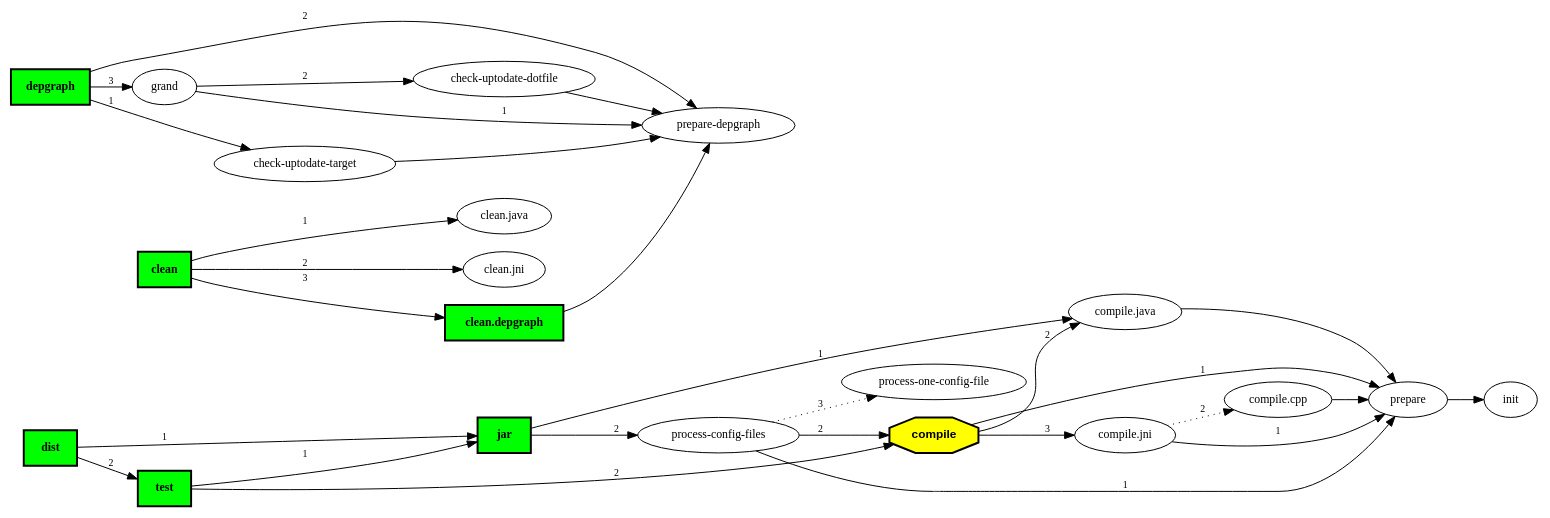
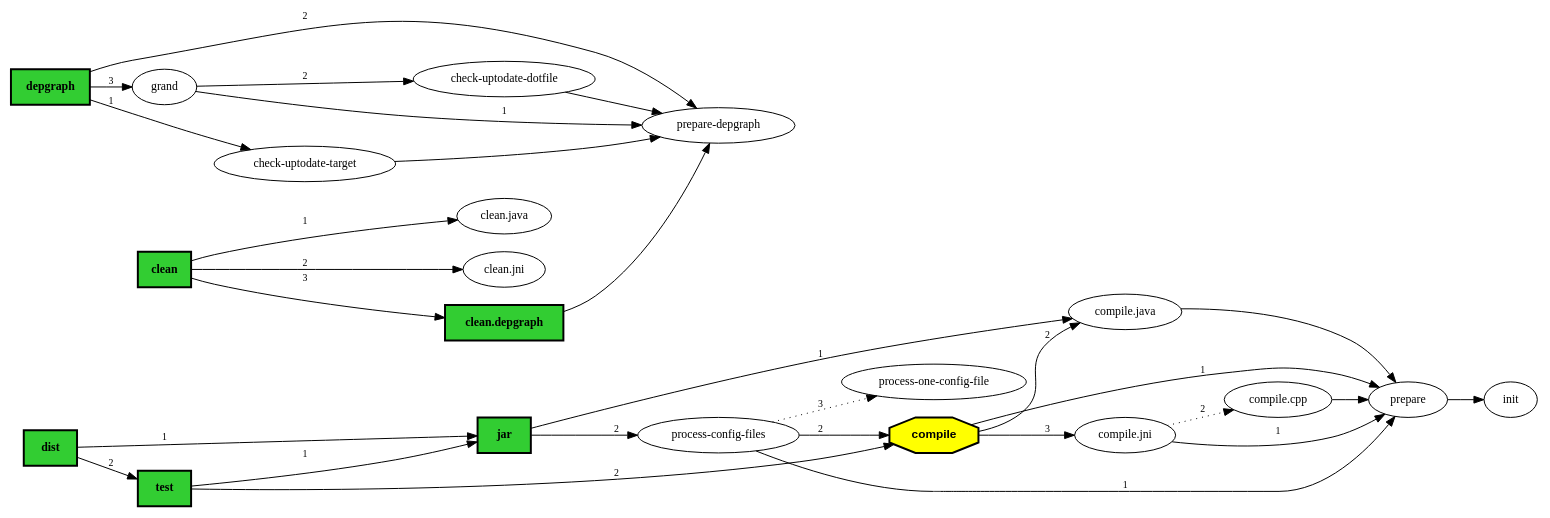
The diagram in src/etc/testcases/build-complex.dot (Ant-Grand/Grand), drawn with Graphviz before and after one commit. The commit also changed 5 other files, not shown here.

First line of the commit message:
Fix black-on-black targets by using limegreen instead of lime

```diff
--- a/src/etc/testcases/build-complex.dot
+++ b/src/etc/testcases/build-complex.dot
@@ -1,73 +1,73 @@
 digraph "Grand complex build file" {
 graph [rankdir="LR"];
 node [fontsize="12"];
 edge [fontsize="10"];
 "compile" [shape=octagon,fillcolor="yellow",style="filled,bold",fontname="Helvetica-Bold",comment="Compile the source files"];
 "compile" -> "prepare" [label="1"];
 "compile" -> "compile.java" [label="2"];
 "compile" -> "compile.jni" [label="3"];
 
 "prepare"
 "prepare" -> "init";
 
 "check-uptodate-dotfile"
 "check-uptodate-dotfile" -> "prepare-depgraph";
 
-"jar" [shape=box,fillcolor="lime",style="filled,bold",fontname="Times-Bold",comment="Create jar files for the java classes"];
+"jar" [shape=box,fillcolor="limegreen",style="filled,bold",fontname="Times-Bold",comment="Create jar files for the java classes"];
 "jar" -> "compile.java" [label="1"];
 "jar" -> "process-config-files" [label="2"];
 
 "prepare-depgraph"
 
 "compile.jni"
 "compile.jni" -> "prepare" [label="1"];
 "compile.jni" -> "compile.cpp" [label="2", fontsize="10",style="dotted"];
 
 "process-config-files"
 "process-config-files" -> "prepare" [label="1"];
 "process-config-files" -> "compile" [label="2"];
 "process-config-files" -> "process-one-config-file" [label="3", fontsize="10",style="dotted"];
 
 "grand"
 "grand" -> "prepare-depgraph" [label="1"];
 "grand" -> "check-uptodate-dotfile" [label="2"];
 
 "compile.java"
 "compile.java" -> "prepare";
 
 "clean.java"
 
-"dist" [shape=box,fillcolor="lime",style="filled,bold",fontname="Times-Bold",comment="Prepare the distribution"];
+"dist" [shape=box,fillcolor="limegreen",style="filled,bold",fontname="Times-Bold",comment="Prepare the distribution"];
 "dist" -> "jar" [label="1"];
 "dist" -> "test" [label="2"];
 
 "check-uptodate-target"
 "check-uptodate-target" -> "prepare-depgraph";
 
-"clean" [shape=box,fillcolor="lime",style="filled,bold",fontname="Times-Bold",comment="Remove intermediate files"];
+"clean" [shape=box,fillcolor="limegreen",style="filled,bold",fontname="Times-Bold",comment="Remove intermediate files"];
 "clean" -> "clean.java" [label="1"];
 "clean" -> "clean.jni" [label="2"];
 "clean" -> "clean.depgraph" [label="3"];
 
-"depgraph" [shape=box,fillcolor="lime",style="filled,bold",fontname="Times-Bold",comment="Creates a PostScript dependency graph"];
+"depgraph" [shape=box,fillcolor="limegreen",style="filled,bold",fontname="Times-Bold",comment="Creates a PostScript dependency graph"];
 "depgraph" -> "check-uptodate-target" [label="1"];
 "depgraph" -> "prepare-depgraph" [label="2"];
 "depgraph" -> "grand" [label="3"];
 
 "init"
 
-"test" [shape=box,fillcolor="lime",style="filled,bold",fontname="Times-Bold",comment="Run the unit tests"];
+"test" [shape=box,fillcolor="limegreen",style="filled,bold",fontname="Times-Bold",comment="Run the unit tests"];
 "test" -> "jar" [label="1"];
 "test" -> "compile" [label="2"];
 
 "process-one-config-file"
 
-"clean.depgraph" [shape=box,fillcolor="lime",style="filled,bold",fontname="Times-Bold",comment="Remove dependency graph intermediate files."];
+"clean.depgraph" [shape=box,fillcolor="limegreen",style="filled,bold",fontname="Times-Bold",comment="Remove dependency graph intermediate files."];
 "clean.depgraph" -> "prepare-depgraph";
 
 "clean.jni"
 
 "compile.cpp"
 "compile.cpp" -> "prepare";
 
 }
```
